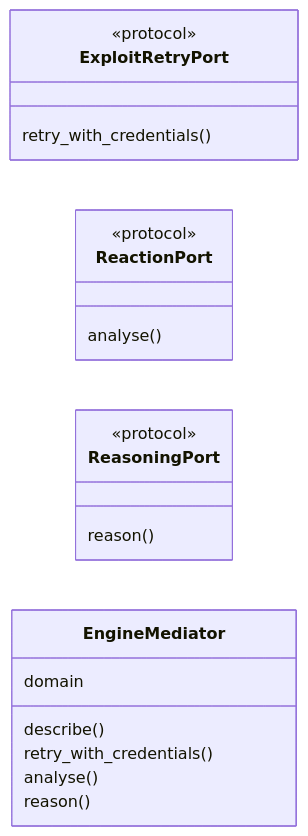
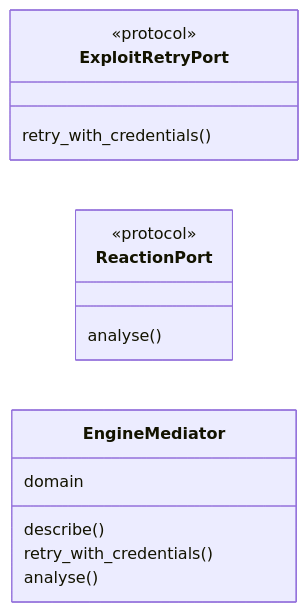
The first of 2 diagrams in readmenator-apidocs/modules/modules.mediation.engine_mediator.py.md (grisuno/LazyOwn), drawn with Mermaid before and after one commit. The commit also changed other lines of this file and 434 other files, not shown here.

````diff
--- a/readmenator-apidocs/modules/modules.mediation.engine_mediator.py.md
+++ b/readmenator-apidocs/modules/modules.mediation.engine_mediator.py.md
@@ -36,19 +34,15 @@
 ```mermaid
 classDiagram
     direction LR
     class ExploitRetryPort
     <<protocol>> ExploitRetryPort
     ExploitRetryPort : retry_with_credentials()
     class ReactionPort
     <<protocol>> ReactionPort
     ReactionPort : analyse()
-    class ReasoningPort
-    <<protocol>> ReasoningPort
-    ReasoningPort : reason()
     class EngineMediator
     EngineMediator : domain
     EngineMediator : describe()
     EngineMediator : retry_with_credentials()
     EngineMediator : analyse()
-    EngineMediator : reason()
 ```
````
